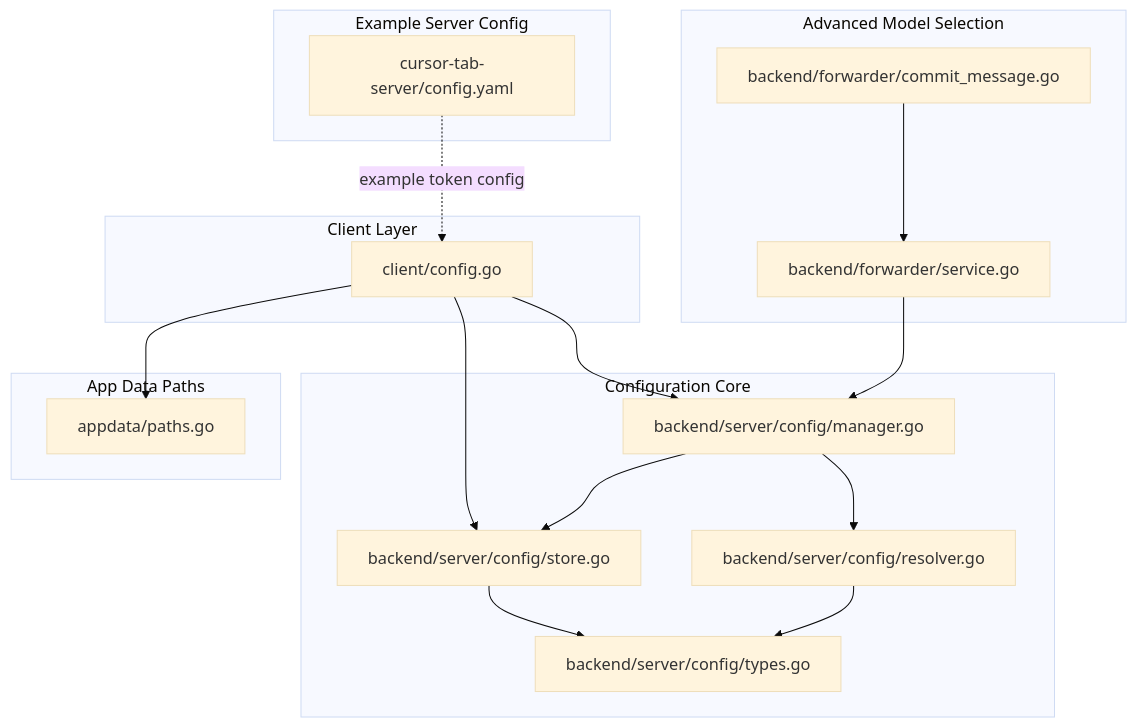
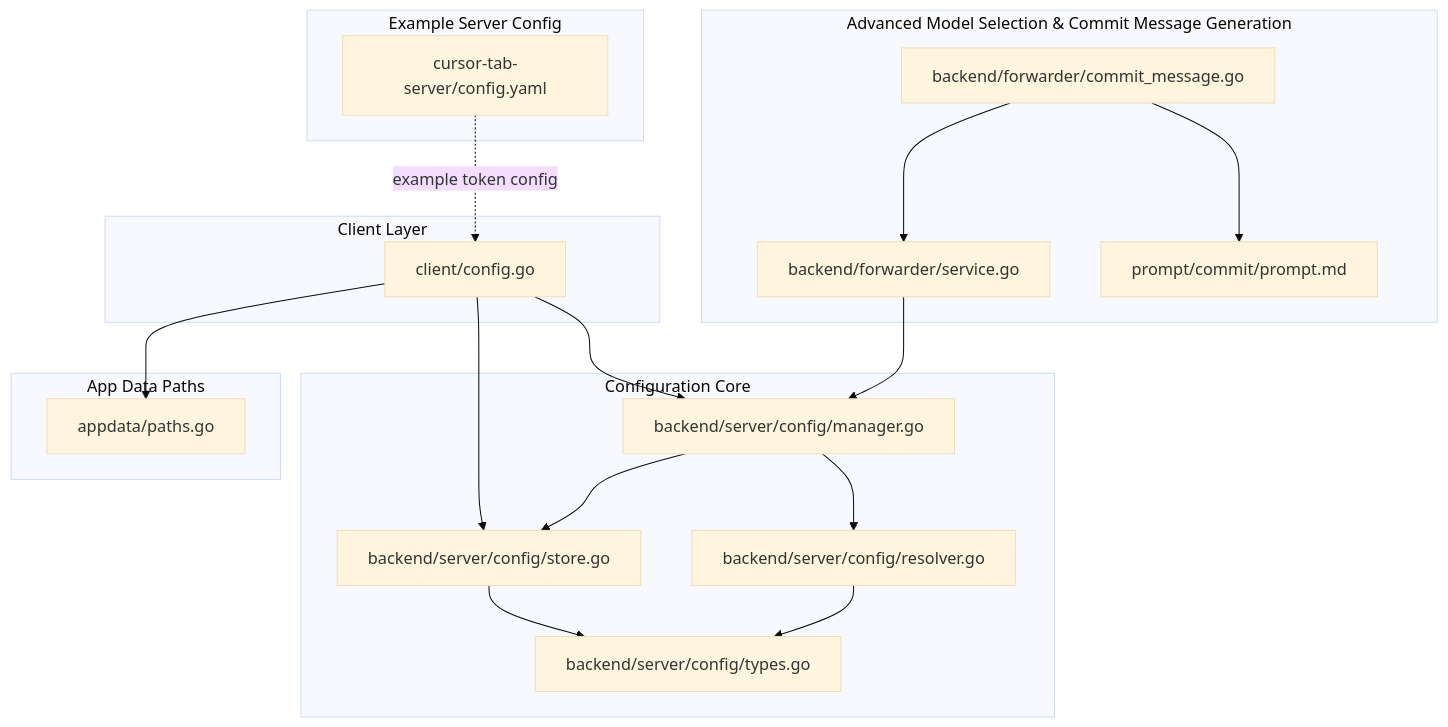
One commit to philau2512/cursor-byok-go-v2 changed the first of 10 diagrams in .qoder/repowiki/en/content/Configuration System/Configuration System.md. Above: the diagram before and after it, drawn with Mermaid (base theme). The commit also changed other lines of this file and 49 other files, not shown here.

First line of the commit message:
feat(commit_message): enhance commit message generation with adaptive token budgeting and file change manifests

````diff
--- a/.qoder/repowiki/en/content/Configuration System/Configuration System.md
+++ b/.qoder/repowiki/en/content/Configuration System/Configuration System.md
@@ -55,32 +57,34 @@
 ```mermaid
 graph TB
 subgraph "Client Layer"
 ClientConfig["client/config.go"]
 end
 subgraph "Configuration Core"
 Store["backend/server/config/store.go"]
 Manager["backend/server/config/manager.go"]
 Types["backend/server/config/types.go"]
 Resolver["backend/server/config/resolver.go"]
 end
-subgraph "Advanced Model Selection"
+subgraph "Advanced Model Selection & Commit Message Generation"
 Forwarder["backend/forwarder/commit_message.go"]
 Service["backend/forwarder/service.go"]
+PromptAssets["prompt/commit/prompt.md"]
 end
 subgraph "App Data Paths"
 Paths["appdata/paths.go"]
 end
 subgraph "Example Server Config"
 TabConfig["cursor-tab-server/config.yaml"]
 end
 ClientConfig --> Store
 ClientConfig --> Manager
 Manager --> Store
 Manager --> Resolver
 Store --> Types
 Resolver --> Types
 Forwarder --> Service
+Forwarder --> PromptAssets
 Service --> Manager
 ClientConfig --> Paths
 TabConfig -. "example token config" .-> ClientConfig
 ```
````
